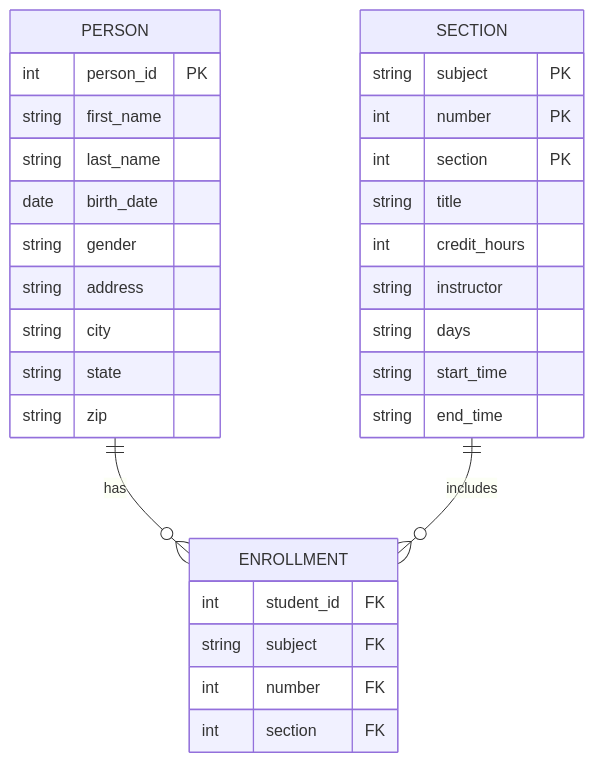
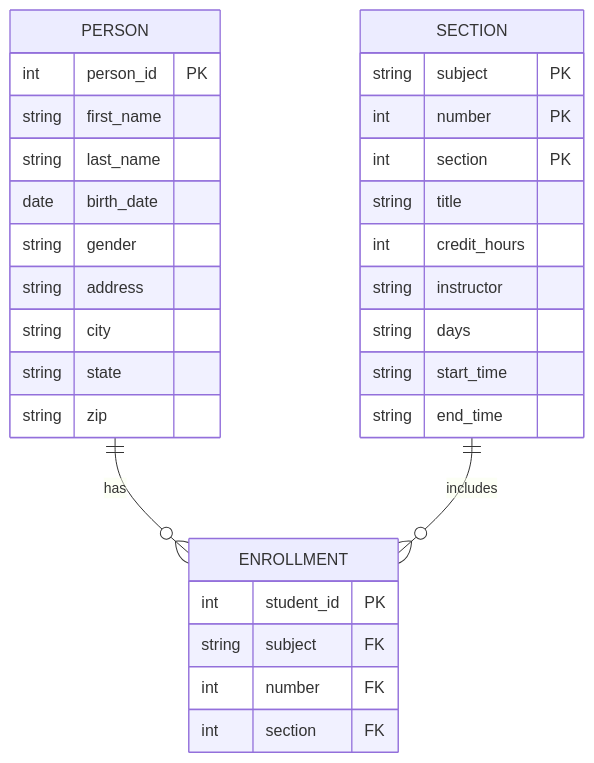
One commit to chloesmithgc/project-2-week-3 changed the diagram in README.md. Above: the diagram before and after it, drawn with Mermaid.

````diff
--- a/README.md
+++ b/README.md
@@ -1,36 +1,36 @@
 ```mermaid
 erDiagram
     PERSON ||--o{ ENROLLMENT : has
     SECTION ||--o{ ENROLLMENT : includes
 
     PERSON {
         int person_id PK
         string first_name
         string last_name
         date birth_date
         string gender
         string address
         string city
         string state
         string zip
     }
 
     SECTION {
         string subject PK
         int number PK
         int section PK
         string title
         int credit_hours
         string instructor
         string days
         string start_time
         string end_time
     }
 
     ENROLLMENT {
-        int student_id FK
+        int student_id PK
         string subject FK
         int number FK
         int section FK
     }
 ```
````
